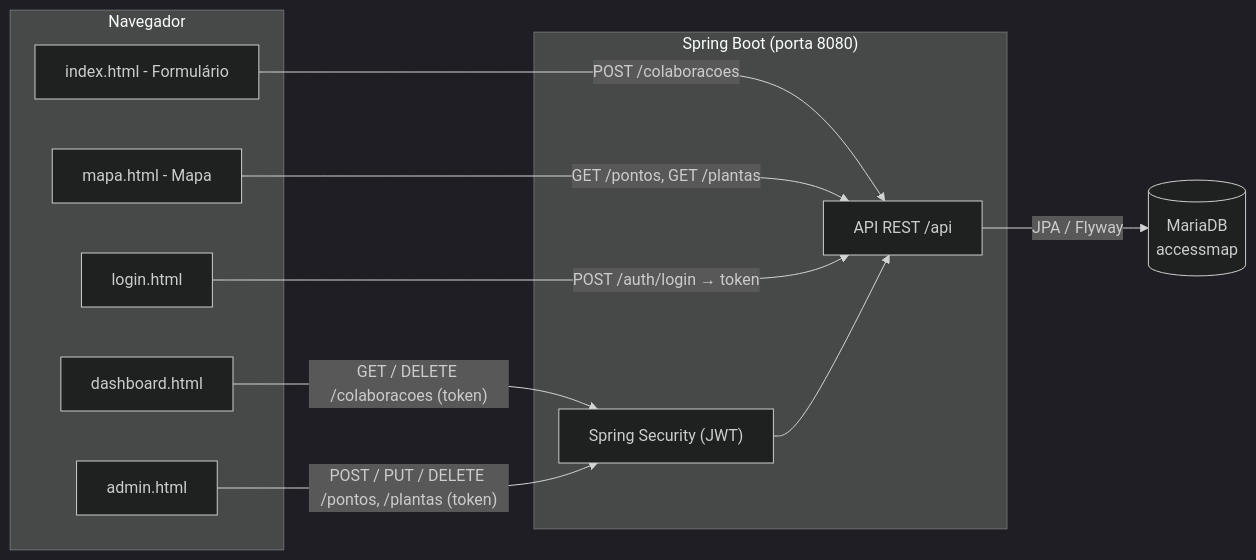
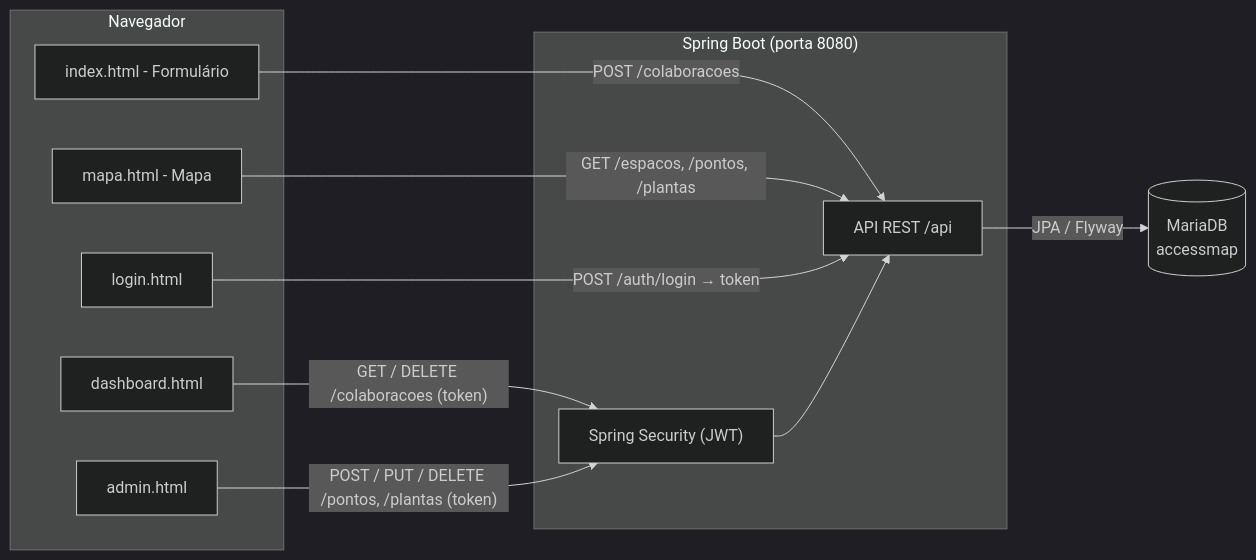
Before and after one commit to m4halic3/accessmap-ifsp: the first of 2 diagrams in README.md, drawn with Mermaid (dark theme). The commit also changed other lines of this file and 51 other files, not shown here.

````diff
--- a/README.md
+++ b/README.md
@@ -204,25 +211,25 @@
 ```mermaid
 flowchart LR
     subgraph Navegador
         F[index.html - Formulário]
         M[mapa.html - Mapa]
         L[login.html]
         D[dashboard.html]
         A[admin.html]
     end
 
     subgraph Servidor["Spring Boot (porta 8080)"]
         API["API REST /api"]
         SEC["Spring Security (JWT)"]
     end
 
     DB[("MariaDB\naccessmap")]
 
     F -- "POST /colaboracoes" --> API
-    M -- "GET /pontos, GET /plantas" --> API
+    M -- "GET /espacos, /pontos, /plantas" --> API
     L -- "POST /auth/login → token" --> API
     D -- "GET / DELETE /colaboracoes (token)" --> SEC
     A -- "POST / PUT / DELETE /pontos, /plantas (token)" --> SEC
     SEC --> API
     API -- "JPA / Flyway" --> DB
 ```
````
